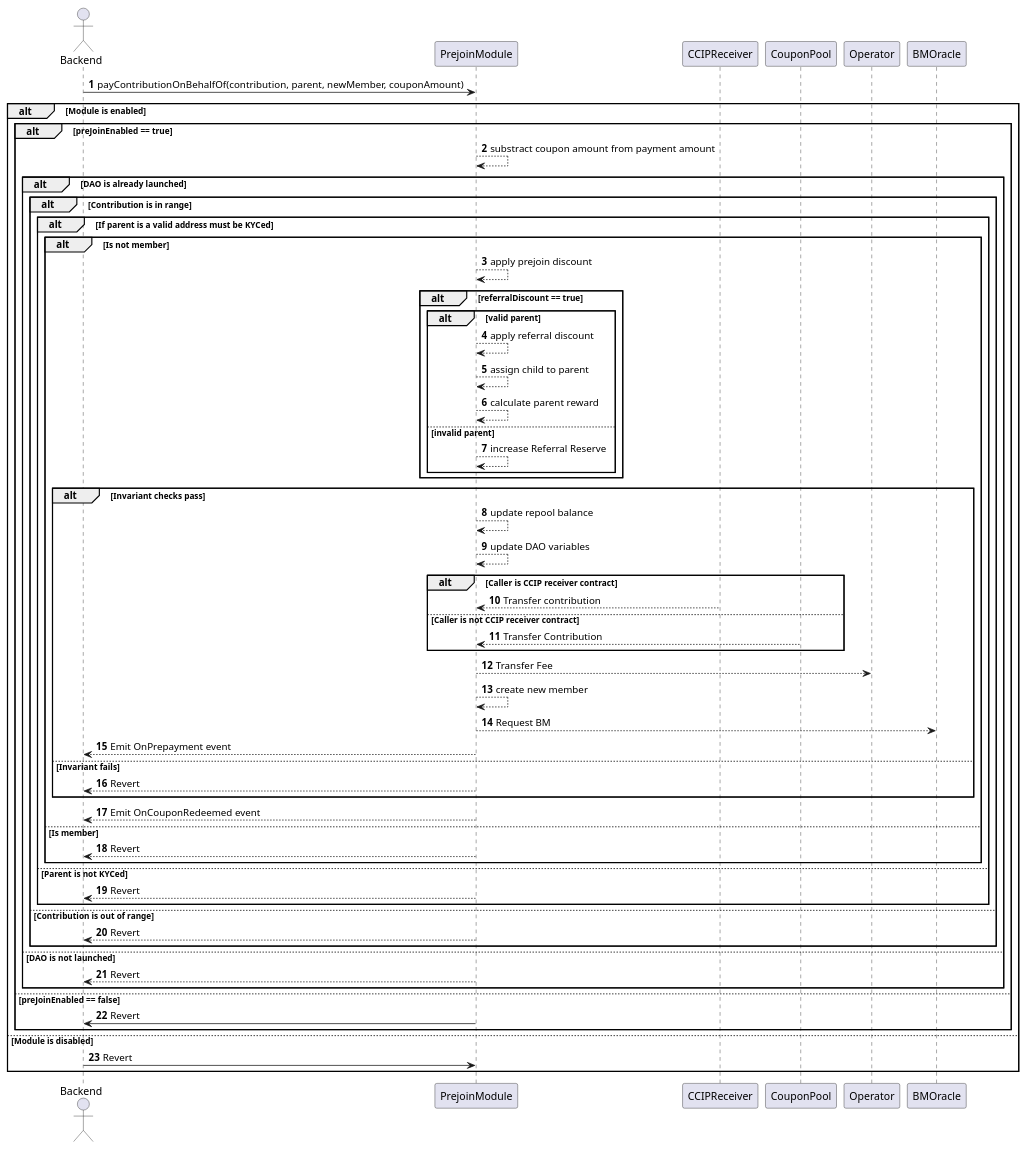
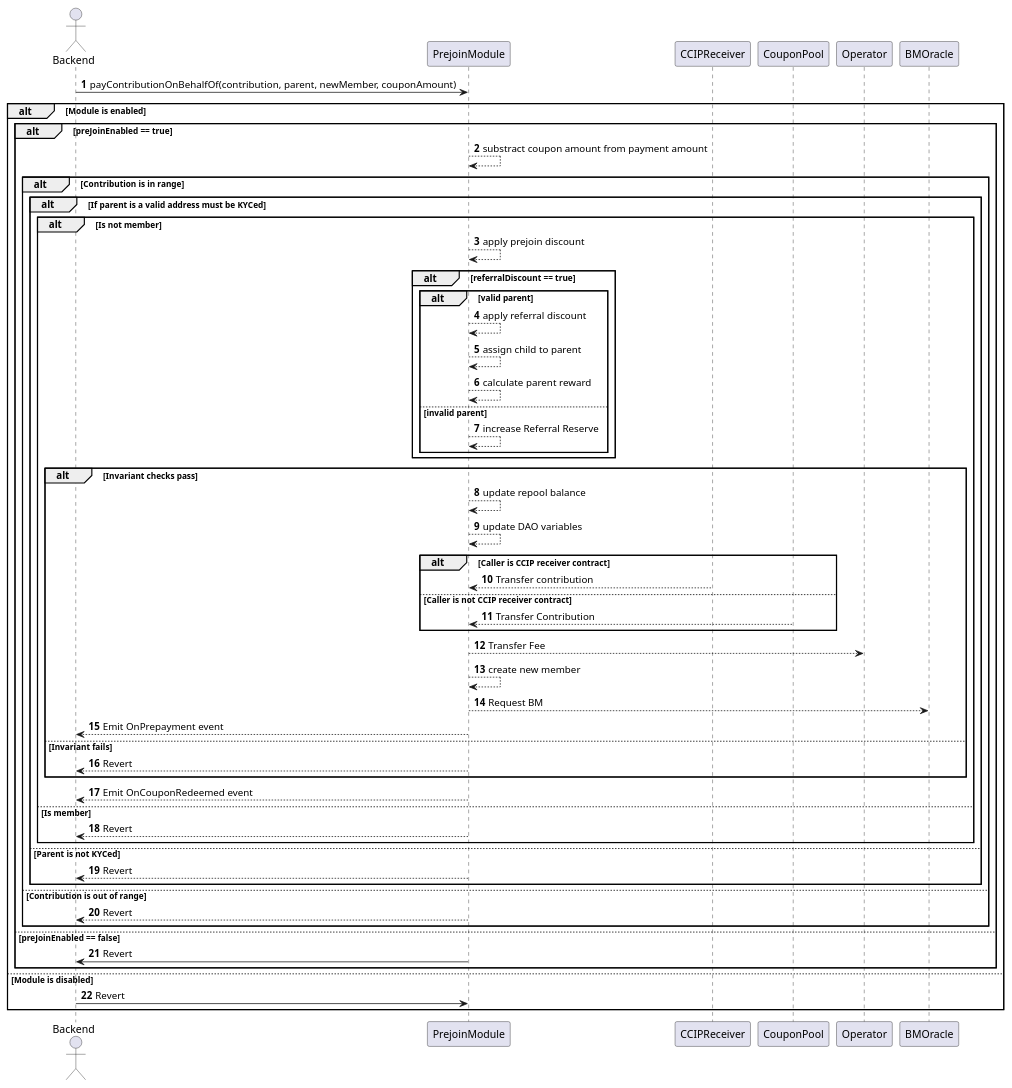
The diagram in docs/sequence_diagrams/PrejoinModule/03-payments-coupon.puml (TakafulDAO/takasure.sc), drawn with PlantUML before and after one commit.

Commit message:
chore: remove wrong check

```diff
--- a/docs/sequence_diagrams/PrejoinModule/03-payments-coupon.puml
+++ b/docs/sequence_diagrams/PrejoinModule/03-payments-coupon.puml
@@ -1,73 +1,68 @@
 @startuml Payments with coupons
 autonumber
 
 actor Backend
 
 Backend -> PrejoinModule: payContributionOnBehalfOf(contribution, parent, newMember, couponAmount)
 
 alt Module is enabled
     alt preJoinEnabled == true
         PrejoinModule --> PrejoinModule: substract coupon amount from payment amount
-        alt DAO is already launched
-            alt Contribution is in range
-                alt If parent is a valid address must be KYCed
-                    alt Is not member
+        alt Contribution is in range
+            alt If parent is a valid address must be KYCed
+                alt Is not member
 
-                        PrejoinModule --> PrejoinModule: apply prejoin discount
+                    PrejoinModule --> PrejoinModule: apply prejoin discount
 
-                        alt referralDiscount == true                
-                            alt valid parent
-                                PrejoinModule --> PrejoinModule: apply referral discount
-                                PrejoinModule --> PrejoinModule: assign child to parent
-                                PrejoinModule --> PrejoinModule: calculate parent reward
-                            else invalid parent
-                                PrejoinModule --> PrejoinModule: increase Referral Reserve
-                            end
+                    alt referralDiscount == true                
+                        alt valid parent
+                            PrejoinModule --> PrejoinModule: apply referral discount
+                            PrejoinModule --> PrejoinModule: assign child to parent
+                            PrejoinModule --> PrejoinModule: calculate parent reward
+                        else invalid parent
+                            PrejoinModule --> PrejoinModule: increase Referral Reserve
+                        end
+                    end
+
+                    alt Invariant checks pass
+                        PrejoinModule --> PrejoinModule: update repool balance
+                        PrejoinModule --> PrejoinModule: update DAO variables
+
+                        alt Caller is CCIP receiver contract
+                            CCIPReceiver --> PrejoinModule: Transfer contribution
+                        else Caller is not CCIP receiver contract
+                            CouponPool --> PrejoinModule: Transfer Contribution
                         end
 
-                        alt Invariant checks pass
-                            PrejoinModule --> PrejoinModule: update repool balance
-                            PrejoinModule --> PrejoinModule: update DAO variables
+                        PrejoinModule --> Operator: Transfer Fee
+                        PrejoinModule --> PrejoinModule: create new member
+                        PrejoinModule --> BMOracle: Request BM
+                        PrejoinModule --> Backend: Emit OnPrepayment event
 
-                            alt Caller is CCIP receiver contract
-                                CCIPReceiver --> PrejoinModule: Transfer contribution
-                            else Caller is not CCIP receiver contract
-                                CouponPool --> PrejoinModule: Transfer Contribution
-                            end
-
-                            PrejoinModule --> Operator: Transfer Fee
-                            PrejoinModule --> PrejoinModule: create new member
-                            PrejoinModule --> BMOracle: Request BM
-                            PrejoinModule --> Backend: Emit OnPrepayment event
-
-                        else Invariant fails
-                            PrejoinModule --> Backend: Revert
-                        end
-
-                        PrejoinModule --> Backend: Emit OnCouponRedeemed event
-
-                    else Is member
+                    else Invariant fails
                         PrejoinModule --> Backend: Revert
                     end
 
-                else Parent is not KYCed
+                    PrejoinModule --> Backend: Emit OnCouponRedeemed event
+
+                else Is member
                     PrejoinModule --> Backend: Revert
                 end
 
-            else Contribution is out of range
+            else Parent is not KYCed
                 PrejoinModule --> Backend: Revert
             end
 
-        else DAO is not launched
+        else Contribution is out of range
             PrejoinModule --> Backend: Revert
         end
 
     else preJoinEnabled == false
         PrejoinModule -> Backend: Revert
     end
 
 else Module is disabled
     Backend -> PrejoinModule: Revert
 end
 
 @enduml    
```
